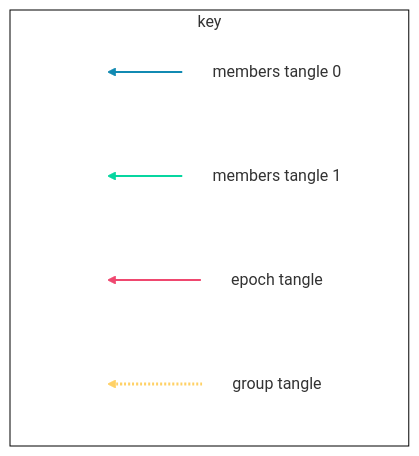
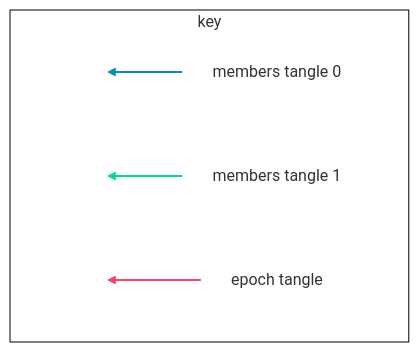
Diagram 13 of 13 in README.md (ssbc/ssb-group-exclusion-spec), drawn with Mermaid (neutral theme) before and after one commit. The commit also changed other lines of this file, not shown here.

Commit message:
remove group tangles

````diff
--- a/README.md
+++ b/README.md
@@ -713,18 +670,16 @@
 ```mermaid
 flowchart LR
 
 subgraph key
   direction RL
   members_0[members tangle 0] -->A[ ]
   members_1[members tangle 1] -->B[ ]
   epoch[epoch tangle]         -->C[ ]
-  group[group tangle]        -.->D[ ]
 end
 linkStyle 0 stroke:#118AB2,stroke-width:2;
 linkStyle 1 stroke:#06D6A0,stroke-width:2;
 linkStyle 2 stroke:#EF476F,stroke-width:2;
-linkStyle 3 stroke:#FFD166,stroke-width:3;
 
 classDef default fill:#fff,stroke:none,color:#333;
 classDef cluster fill:#fff,stroke:#000,color:#333;
 ```
````
